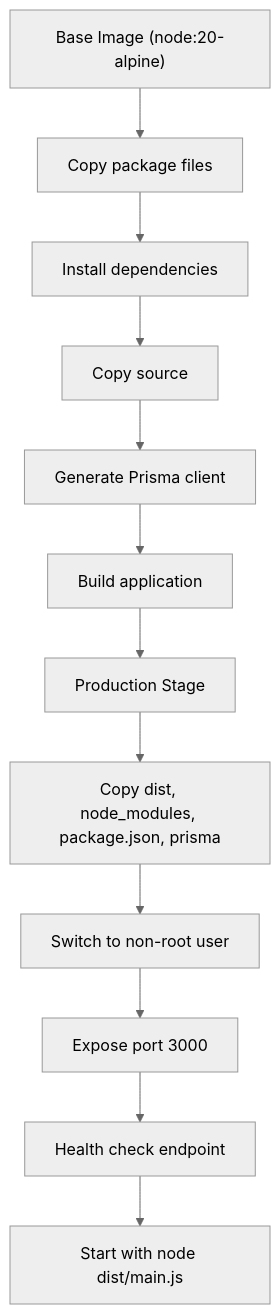
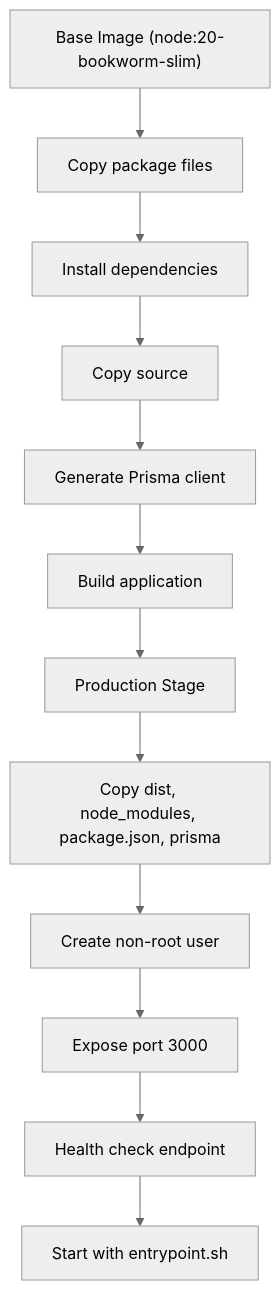
The seventh of 10 diagrams in .qoder/repowiki/en/content/Deployment and Infrastructure/CI_CD Pipeline.md (Avi-Bendetsky/Quiz-to-build), drawn with Mermaid (neutral theme) before and after one commit. The commit also changed other lines of this file and 41 other files, not shown here.

````diff
--- a/.qoder/repowiki/en/content/Deployment and Infrastructure/CI_CD Pipeline.md
+++ b/.qoder/repowiki/en/content/Deployment and Infrastructure/CI_CD Pipeline.md
@@ -240,14 +315,14 @@
 ```mermaid
 flowchart TD
-B0["Base Image (node:20-alpine)"] --> B1["Copy package files"]
+B0["Base Image (node:20-bookworm-slim)"] --> B1["Copy package files"]
 B1 --> B2["Install dependencies"]
 B2 --> B3["Copy source"]
 B3 --> B4["Generate Prisma client"]
 B4 --> B5["Build application"]
 B5 --> P0["Production Stage"]
 P0 --> P1["Copy dist, node_modules, package.json, prisma"]
-P1 --> P2["Switch to non-root user"]
+P1 --> P2["Create non-root user"]
 P2 --> P3["Expose port 3000"]
 P3 --> P4["Health check endpoint"]
-P4 --> P5["Start with node dist/main.js"]
+P4 --> P5["Start with entrypoint.sh"]
 ```
````
